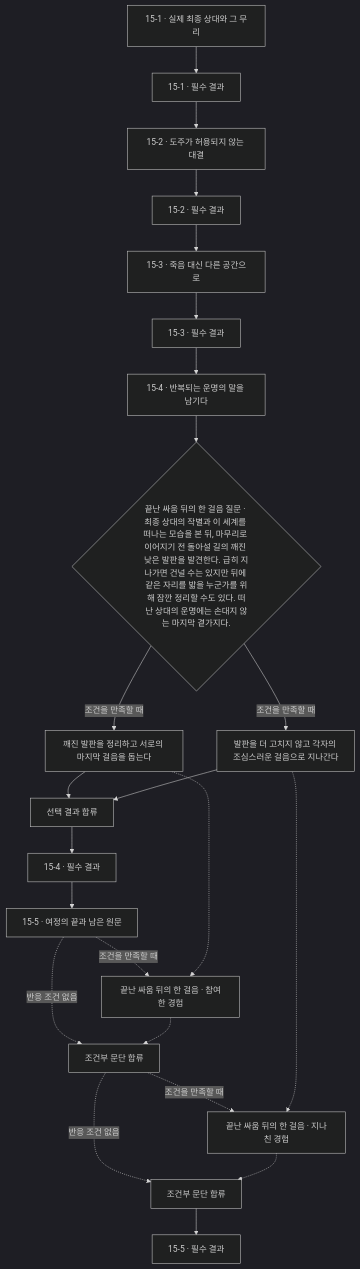
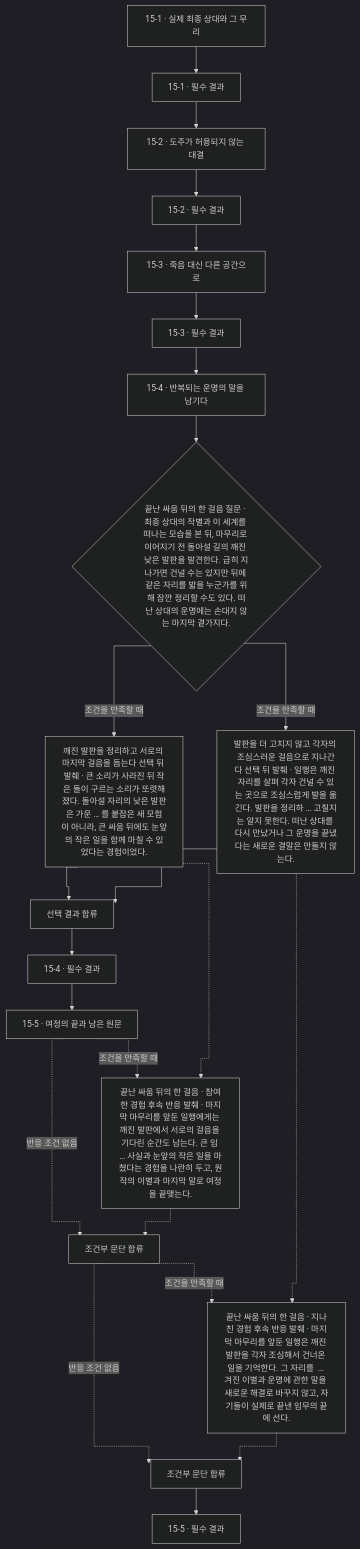
One commit to obmaz/lore changed diagram 17 of 17 in novel/writing/side-stories/generated/flow.md. Above: the diagram before and after it, drawn with Mermaid (dark theme). The commit also changed other lines of this file and 20 other files, not shown here.

Commit message:
Show branch outcomes and route graph memory links orthogonally

````diff
--- a/novel/writing/side-stories/generated/flow.md
+++ b/novel/writing/side-stories/generated/flow.md
@@ -1194,43 +1210,44 @@
 ```mermaid
+%%{init: {"flowchart": {"curve": "stepAfter"}}}%%
 flowchart TB
   n40f0e7bfa9e6e111["15-1 · 실제 최종 상대와 그 무리"]
   n1a143034a249e16c["15-1 · 필수 결과"]
   n23c85a863b1b50bb["15-2 · 도주가 허용되지 않는 대결"]
   nb08bd4c208d10108["15-2 · 필수 결과"]
   n6b3f40a91e74c55b["15-3 · 죽음 대신 다른 공간으로"]
   n24188470158f4474["15-3 · 필수 결과"]
   ne183096588d86e71["15-4 · 반복되는 운명의 말을 남기다"]
   n5bbc7fcf20492667{"끝난 싸움 뒤의 한 걸음 질문 · 최종 상대의 작별과 이 세계를 떠나는 모습을 본 뒤, 마무리로 이어지기 전 돌아설 길의 깨진 낮은 발판을 발견한다. 급히 지나가면 건널 수는 있지만 뒤에 같은 자리를 밟을 누군가를 위해 잠깐 정리할 수도 있다. 떠난 상대의 운명에는 손대지 않는 마지막 곁가지다."}
   n8e9c090687b817db["선택 결과 합류"]
-  ne0b7013e1ce22298["깨진 발판을 정리하고 서로의 마지막 걸음을 돕는다"]
-  nf4c4472c2c2db638["발판을 더 고치지 않고 각자의 조심스러운 걸음으로 지나간다"]
+  ne0b7013e1ce22298["깨진 발판을 정리하고 서로의 마지막 걸음을 돕는다 선택 뒤 발췌 · 큰 소리가 사라진 뒤 작은 돌이 구르는 소리가 또렷해졌다. 돌아설 자리의 낮은 발판은 가운 … 를 붙잡은 새 모험이 아니라, 큰 싸움 뒤에도 눈앞의 작은 일을 함께 마칠 수 있었다는 경험이었다."]
+  nf4c4472c2c2db638["발판을 더 고치지 않고 각자의 조심스러운 걸음으로 지나간다 선택 뒤 발췌 · 일행은 깨진 자리를 살펴 각자 건널 수 있는 곳으로 조심스럽게 발을 옮긴다. 발판을 정리하 … 고칠지는 알지 못한다. 떠난 상대를 다시 만났거나 그 운명을 끝냈다는 새로운 결말은 만들지 않는다."]
   n4da458138db277bf["15-4 · 필수 결과"]
   n221387601679a8fa["15-5 · 여정의 끝과 남은 원문"]
-  n8f43358ac2eb53b1["끝난 싸움 뒤의 한 걸음 · 참여한 경험"]
+  n8f43358ac2eb53b1["끝난 싸움 뒤의 한 걸음 · 참여한 경험 후속 반응 발췌 · 마지막 마무리를 앞둔 일행에게는 깨진 발판에서 서로의 걸음을 기다린 순간도 남는다. 큰 임 … 사실과 눈앞의 작은 일을 마쳤다는 경험을 나란히 두고, 원작의 이별과 마지막 말로 여정을 끝맺는다."]
   nd04872fb847c255a["조건부 문단 합류"]
-  n48d14a4920c0a2fb["끝난 싸움 뒤의 한 걸음 · 지나친 경험"]
+  n48d14a4920c0a2fb["끝난 싸움 뒤의 한 걸음 · 지나친 경험 후속 반응 발췌 · 마지막 마무리를 앞둔 일행은 깨진 발판을 각자 조심해서 건너온 일을 기억한다. 그 자리를  … 겨진 이별과 운명에 관한 말을 새로운 해결로 바꾸지 않고, 자기들이 실제로 끝낸 임무의 끝에 선다."]
   n3f717e3b5b9ec877["조건부 문단 합류"]
   nf04df691aca789a4["15-5 · 필수 결과"]
   n40f0e7bfa9e6e111 --> n1a143034a249e16c
   n23c85a863b1b50bb --> nb08bd4c208d10108
   n1a143034a249e16c --> n23c85a863b1b50bb
   n6b3f40a91e74c55b --> n24188470158f4474
   nb08bd4c208d10108 --> n6b3f40a91e74c55b
   ne183096588d86e71 --> n5bbc7fcf20492667
   n5bbc7fcf20492667 -->|조건을 만족할 때| ne0b7013e1ce22298
   ne0b7013e1ce22298 --> n8e9c090687b817db
   n5bbc7fcf20492667 -->|조건을 만족할 때| nf4c4472c2c2db638
   nf4c4472c2c2db638 --> n8e9c090687b817db
   n8e9c090687b817db --> n4da458138db277bf
   n24188470158f4474 --> ne183096588d86e71
   n221387601679a8fa -.->|조건을 만족할 때| n8f43358ac2eb53b1
   n221387601679a8fa -.->|반응 조건 없음| nd04872fb847c255a
   n8f43358ac2eb53b1 -.-> nd04872fb847c255a
   nd04872fb847c255a -.->|조건을 만족할 때| n48d14a4920c0a2fb
   nd04872fb847c255a -.->|반응 조건 없음| n3f717e3b5b9ec877
   n48d14a4920c0a2fb -.-> n3f717e3b5b9ec877
   n3f717e3b5b9ec877 --> nf04df691aca789a4
   n4da458138db277bf --> n221387601679a8fa
   nf4c4472c2c2db638 -.-> n48d14a4920c0a2fb
   ne0b7013e1ce22298 -.-> n8f43358ac2eb53b1
 ```
````
